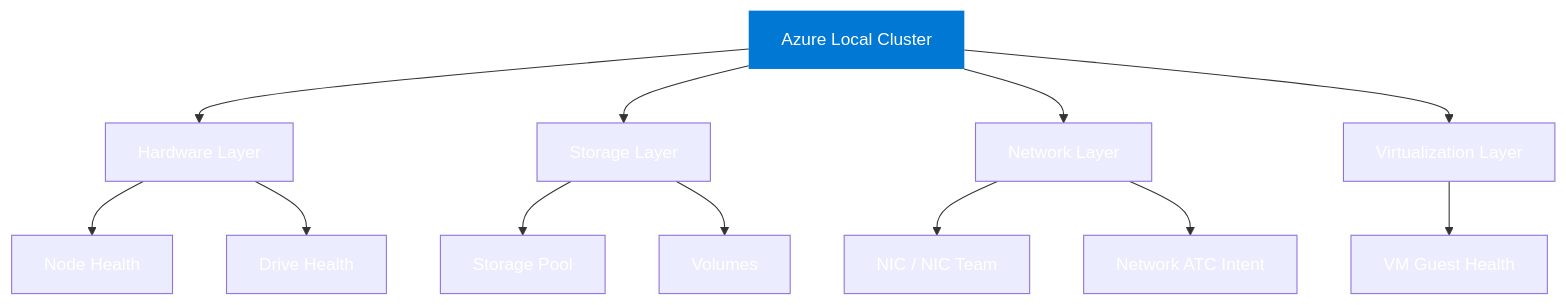
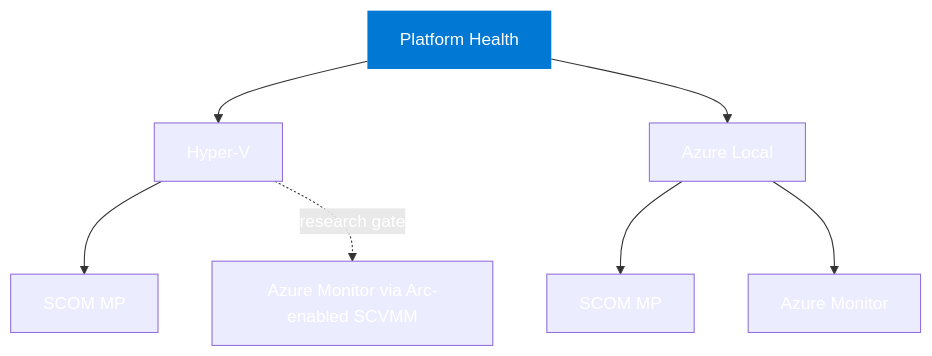
Before and after one commit to AzureLocal/azurelocal-scom-mp: the diagram in docs/index.md, drawn with Mermaid. The commit also changed other lines of this file and 36 other files, not shown here.

First line of the commit message:
docs(tracks): split Hyper-V and Azure Local monitoring

````diff
--- a/docs/index.md
+++ b/docs/index.md
@@ -45,18 +45,12 @@
 ```mermaid
 graph TD
-    AzL["Azure Local Cluster"]:::root
-    AzL --> HW["Hardware Layer"]
-    AzL --> Storage["Storage Layer"]
-    AzL --> Network["Network Layer"]
-    AzL --> VM["Virtualization Layer"]
-
-    HW --> Node["Node Health"]
-    HW --> Drive["Drive Health"]
-    Storage --> Pool["Storage Pool"]
-    Storage --> Vol["Volumes"]
-    Network --> NIC["NIC / NIC Team"]
-    Network --> ATC["Network ATC Intent"]
-    VM --> VMGuest["VM Guest Health"]
+    Root["Platform Health"]:::root
+    Root --> HV["Hyper-V"]
+    Root --> AzL["Azure Local"]
+    HV --> HVS["SCOM MP"]
+    HV -. research gate .-> HVA["Azure Monitor via Arc-enabled SCVMM"]
+    AzL --> AzLS["SCOM MP"]
+    AzL --> AzLA["Azure Monitor"]
 
     classDef root fill:#0078D4,color:#fff,stroke:none
 ```
````
